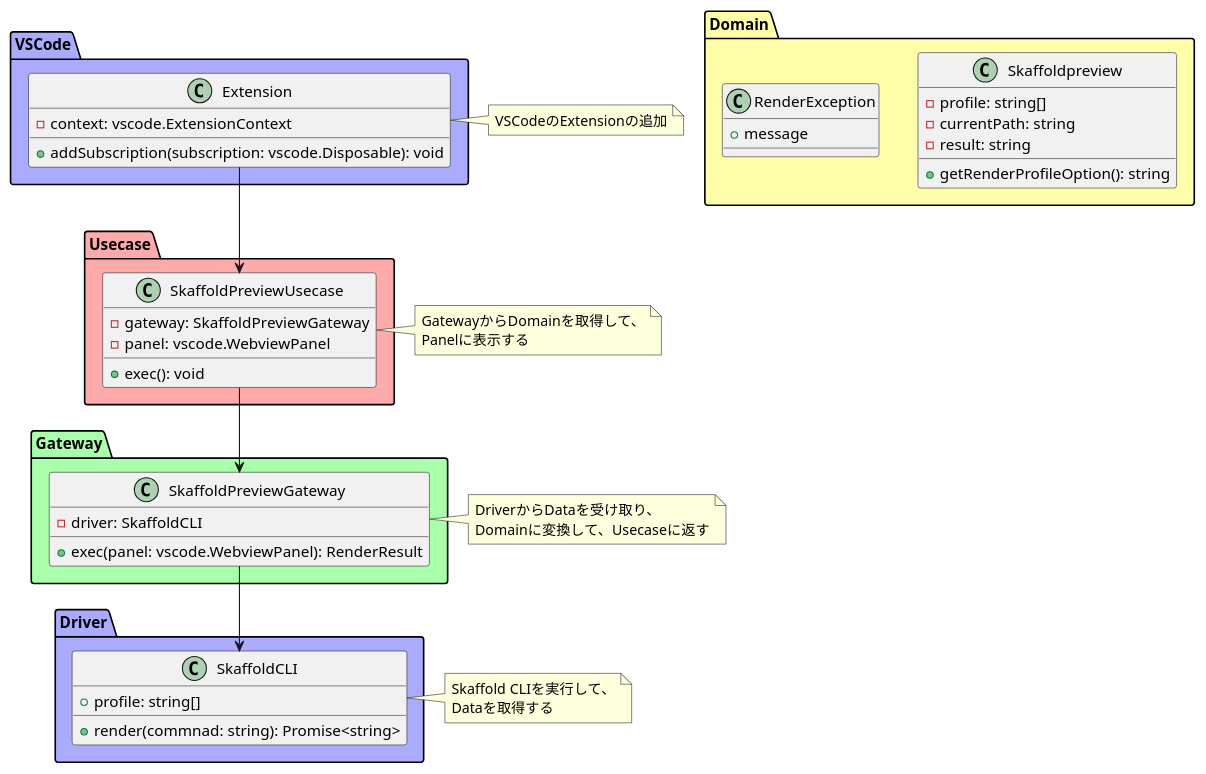
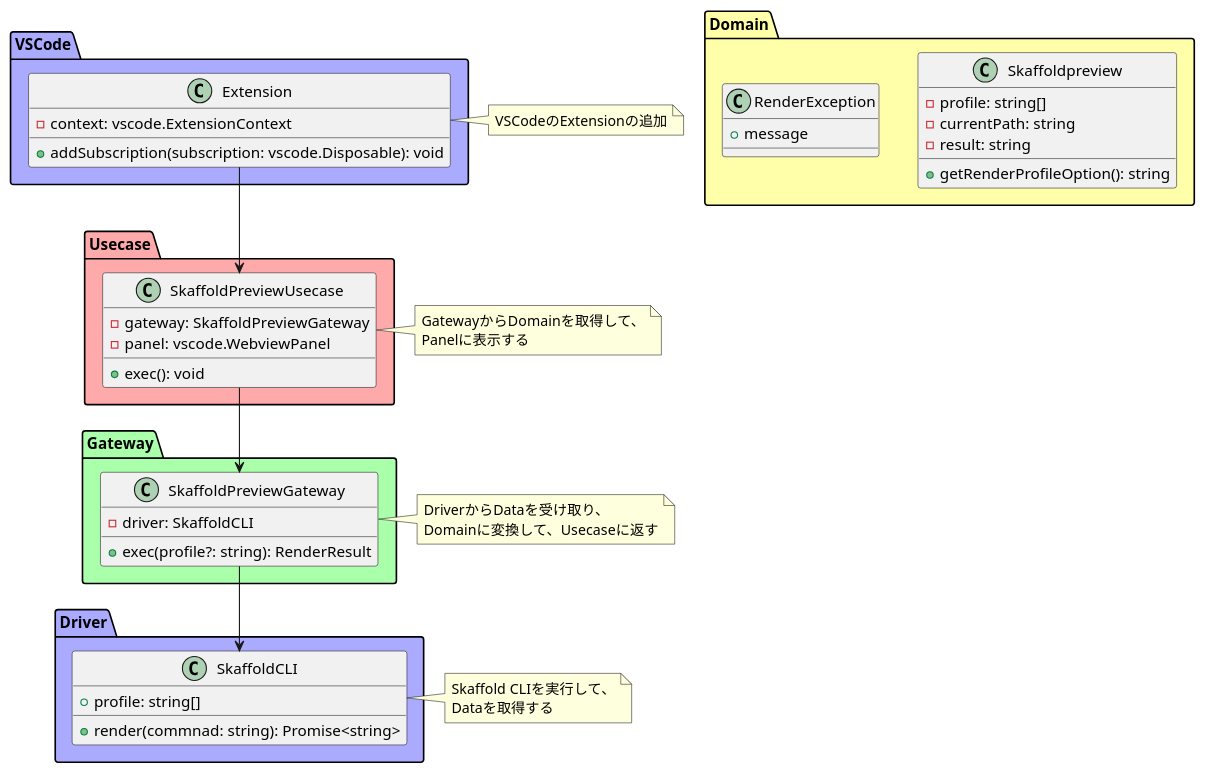
One commit to maaaashi/skaffold-preview changed the diagram in docs/class.pu. Above: the diagram before and after it, drawn with PlantUML. The commit also changed 6 other files, not shown here.

```diff
--- a/docs/class.pu
+++ b/docs/class.pu
@@ -1,71 +1,71 @@
 @startuml
 
 package VSCode #AAAAFF {
   class Extension {
     - context: vscode.ExtensionContext
     + addSubscription(subscription: vscode.Disposable): void
   }
 }
 
 package Domain #FFFFAA {
   class Skaffoldpreview {
     - profile: string[]
     - currentPath: string
     - result: string
 
     + getRenderProfileOption(): string
   }
 
   class RenderException {
     + message
   }
 }
 
 note right of Extension
   VSCodeのExtensionの追加
 end note
 
 package Usecase #FFAAAA {
   class SkaffoldPreviewUsecase {
     - gateway: SkaffoldPreviewGateway
     - panel: vscode.WebviewPanel
     + exec(): void
   }
 }
 
 note right of SkaffoldPreviewUsecase
   GatewayからDomainを取得して、
   Panelに表示する
 end note
 
 SkaffoldPreviewUsecase <-up- Extension
 
 package Gateway #AAFFAA {
   class SkaffoldPreviewGateway {
     - driver: SkaffoldCLI
-    + exec(panel: vscode.WebviewPanel): RenderResult
+    + exec(profile?: string): RenderResult
   }
 
   SkaffoldPreviewGateway <-up- SkaffoldPreviewUsecase
 }
 
 note right of SkaffoldPreviewGateway
   DriverからDataを受け取り、
   Domainに変換して、Usecaseに返す
 end note
 
 package Driver #AAAAFF {
   class SkaffoldCLI {
     + profile: string[]
     + render(commnad: string): Promise<string>
   }
 }
 
 note right of SkaffoldCLI
   Skaffold CLIを実行して、
   Dataを取得する
 end note
 
 SkaffoldCLI <-up- SkaffoldPreviewGateway
 
 @enduml
```
